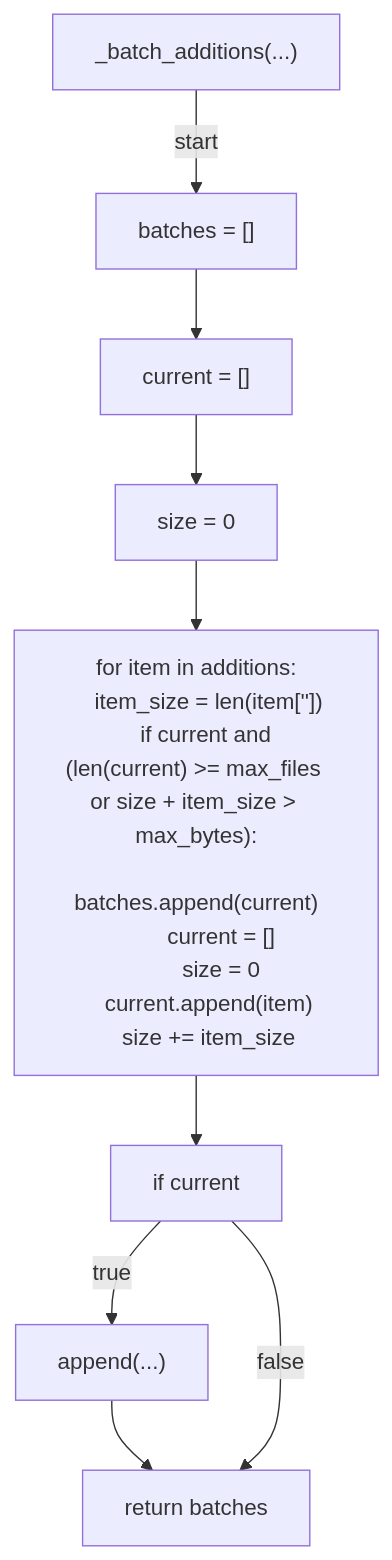
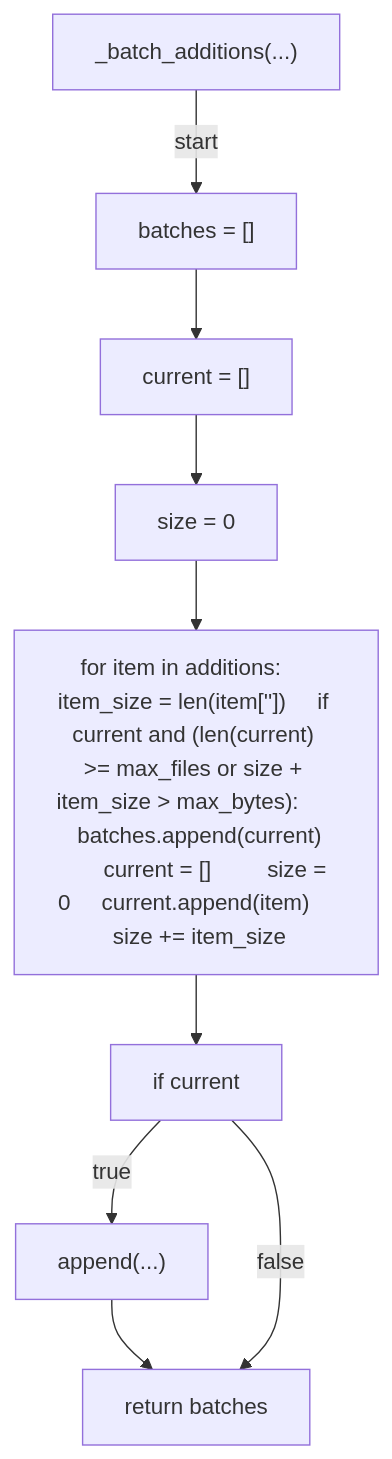
Before and after one commit to tvna/claude-md: the second of 3 diagrams in docs/generated/scripts/ast/_pr_commit_batch.md, drawn with Mermaid. The commit also changed other lines of this file and 20 other files, not shown here.

First line of the commit message:
docs(generated): regenerate decision tree and workflow diagrams (batch 1/5)

````diff
--- a/docs/generated/scripts/ast/_pr_commit_batch.md
+++ b/docs/generated/scripts/ast/_pr_commit_batch.md
@@ -54,26 +54,19 @@
 ```mermaid
 flowchart TD
     N001["_batch_additions(...)"]
     N002["batches = []"]
     N003["current = []"]
     N004["size = 0"]
-    N005["for item in additions:
-    item_size = len(item['<str>'])
-    if current and (len(current) >= max_files or size + item_size > max_bytes):
-        batches.append(current)
-        current = []
-        size = 0
-    current.append(item)
-    size += item_size"]
+    N005["for item in additions:     item_size = len(item['<str>'])     if current and (len(current) >= max_files or size + item_size > max_bytes):         batches.append(current)         current = []         size = 0     current.append(item)     size += item_size"]
     N006["if current"]
     N007["append(...)"]
     N008["return batches"]
     N001 -->|"start"| N002
     N002 --> N003
     N003 --> N004
     N004 --> N005
     N005 --> N006
     N006 -->|"true"| N007
     N007 --> N008
     N006 -->|"false"| N008
 ```
````
